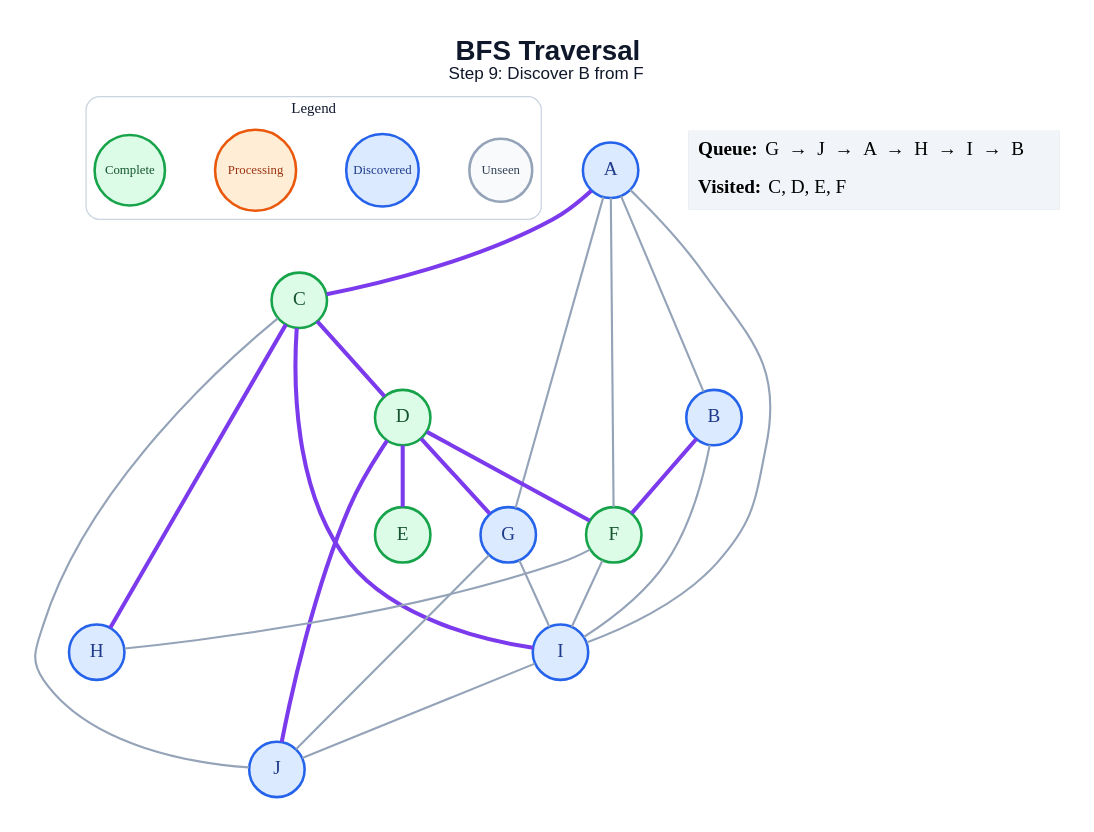
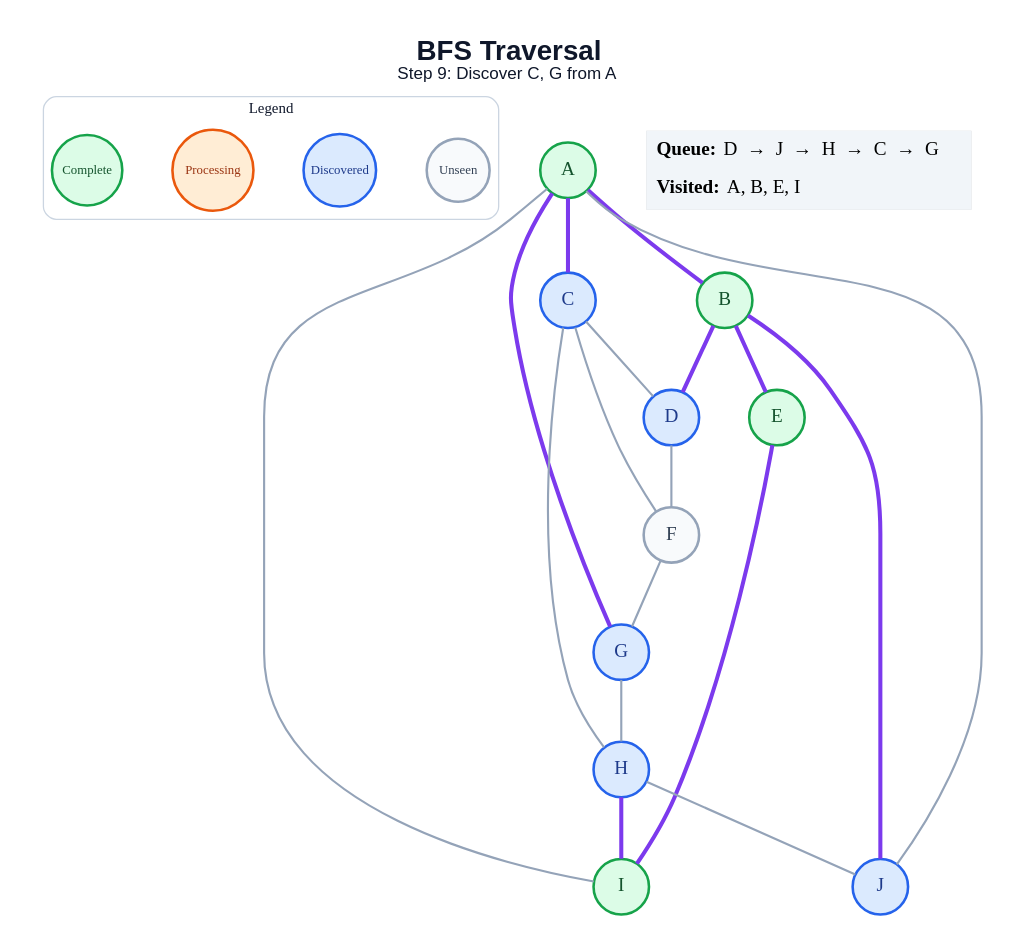
The diagram in generated/specific-node/bfs/step_09.dot (amanghodawala9/ai-slop), drawn with Graphviz before and after one commit. The commit also changed 178 other files, not shown here.

```diff
--- a/generated/specific-node/bfs/step_09.dot
+++ b/generated/specific-node/bfs/step_09.dot
@@ -1,49 +1,46 @@
 graph traversal {
   graph [layout=dot, rankdir=TB, bgcolor="#FFFFFF", pad="0.35", nodesep="0.65", ranksep="0.8", fontname="Arial"];
   node [shape=circle, style="filled", fontname="Arial Bold", fontsize=18, width=0.72, fixedsize=true, penwidth=2.4];
   edge [color="#94A3B8", penwidth=2.0];
-  label=<<B>BFS Traversal</B><BR/><FONT POINT-SIZE="16">Step 9: Discover B from F</FONT>>; labelloc="t"; fontsize=26; fontname="Arial"; fontcolor="#0F172A";
+  label=<<B>BFS Traversal</B><BR/><FONT POINT-SIZE="16">Step 9: Discover C, G from A</FONT>>; labelloc="t"; fontsize=26; fontname="Arial"; fontcolor="#0F172A";
   subgraph cluster_legend { label="Legend"; color="#CBD5E1"; penwidth=1.2; style="rounded"; fontsize=14; fontname="Arial Bold";
     key_unseen [label="Unseen", fillcolor="#F8FAFC", color="#94A3B8", fontcolor="#334155", fontsize=12, width=0.82];
     key_frontier [label="Discovered", fillcolor="#DBEAFE", color="#2563EB", fontcolor="#1E3A8A", fontsize=12, width=0.95];
     key_current [label="Processing", fillcolor="#FFEDD5", color="#EA580C", fontcolor="#9A3412", fontsize=12, width=1.05];
     key_done [label="Complete", fillcolor="#DCFCE7", color="#16A34A", fontcolor="#14532D", fontsize=12, width=0.92];
     { rank=same; key_unseen; key_frontier; key_current; key_done; }
   }
-  A [fillcolor="#DBEAFE", color="#2563EB", fontcolor="#1E3A8A"];
-  B [fillcolor="#DBEAFE", color="#2563EB", fontcolor="#1E3A8A"];
-  C [fillcolor="#DCFCE7", color="#16A34A", fontcolor="#14532D"];
-  D [fillcolor="#DCFCE7", color="#16A34A", fontcolor="#14532D"];
+  A [fillcolor="#DCFCE7", color="#16A34A", fontcolor="#14532D"];
+  B [fillcolor="#DCFCE7", color="#16A34A", fontcolor="#14532D"];
+  C [fillcolor="#DBEAFE", color="#2563EB", fontcolor="#1E3A8A"];
+  D [fillcolor="#DBEAFE", color="#2563EB", fontcolor="#1E3A8A"];
   E [fillcolor="#DCFCE7", color="#16A34A", fontcolor="#14532D"];
-  F [fillcolor="#DCFCE7", color="#16A34A", fontcolor="#14532D"];
+  F [fillcolor="#F8FAFC", color="#94A3B8", fontcolor="#334155"];
   G [fillcolor="#DBEAFE", color="#2563EB", fontcolor="#1E3A8A"];
   H [fillcolor="#DBEAFE", color="#2563EB", fontcolor="#1E3A8A"];
-  I [fillcolor="#DBEAFE", color="#2563EB", fontcolor="#1E3A8A"];
+  I [fillcolor="#DCFCE7", color="#16A34A", fontcolor="#14532D"];
   J [fillcolor="#DBEAFE", color="#2563EB", fontcolor="#1E3A8A"];
-  A -- B;
+  A -- B [color="#7C3AED", penwidth=3.8];
   A -- C [color="#7C3AED", penwidth=3.8];
-  A -- F;
-  A -- G;
+  A -- G [color="#7C3AED", penwidth=3.8];
   A -- I;
-  B -- F [color="#7C3AED", penwidth=3.8];
-  B -- I;
-  C -- D [color="#7C3AED", penwidth=3.8];
-  C -- H [color="#7C3AED", penwidth=3.8];
-  C -- I [color="#7C3AED", penwidth=3.8];
-  C -- J;
-  D -- E [color="#7C3AED", penwidth=3.8];
-  D -- F [color="#7C3AED", penwidth=3.8];
-  D -- G [color="#7C3AED", penwidth=3.8];
-  D -- J [color="#7C3AED", penwidth=3.8];
-  F -- H;
-  F -- I;
-  G -- I;
-  G -- J;
-  I -- J;
+  A -- J;
+  B -- D [color="#7C3AED", penwidth=3.8];
+  B -- E [color="#7C3AED", penwidth=3.8];
+  B -- J [color="#7C3AED", penwidth=3.8];
+  C -- D;
+  C -- F;
+  C -- H;
+  D -- F;
+  E -- I [color="#7C3AED", penwidth=3.8];
+  F -- G;
+  G -- H;
+  H -- I [color="#7C3AED", penwidth=3.8];
+  H -- J;
   status [shape=plain, fixedsize=false, width=0, height=0, margin=0, label=<
     <TABLE BORDER="0" CELLBORDER="0" CELLPADDING="7" BGCOLOR="#F1F5F9">
-      <TR><TD ALIGN="LEFT"><B>Queue:</B> G  →  J  →  A  →  H  →  I  →  B</TD></TR>
-      <TR><TD ALIGN="LEFT"><B>Visited:</B> C, D, E, F</TD></TR>
+      <TR><TD ALIGN="LEFT"><B>Queue:</B> D  →  J  →  H  →  C  →  G</TD></TR>
+      <TR><TD ALIGN="LEFT"><B>Visited:</B> A, B, E, I</TD></TR>
     </TABLE>
   >];
 }
```
